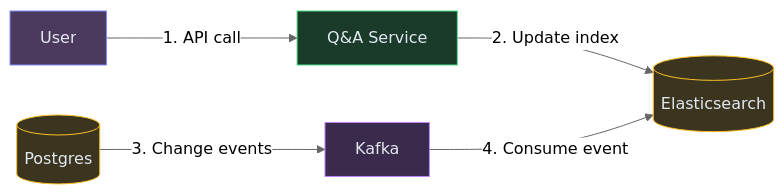
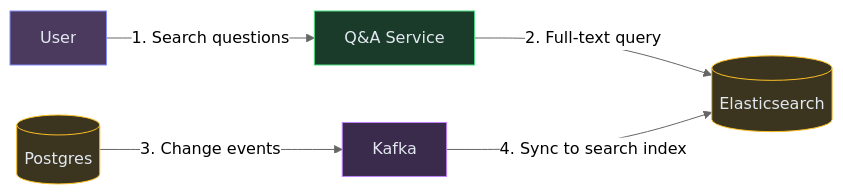
Before and after one commit to iluzn/HLD-Designs: the fourth of 4 diagrams in content/hld/QAForum.md, drawn with Mermaid (neutral theme). The commit also changed other lines of this file and 27 other files, not shown here.

````diff
--- a/content/hld/QAForum.md
+++ b/content/hld/QAForum.md
@@ -139,18 +139,18 @@
 ```mermaid
 flowchart LR
     USER["User"]:::client
     API["Q&A Service"]:::service
     ES[("Elasticsearch")]:::data
     DB[("Postgres")]:::data
     KAFKA["Kafka"]:::async
 
-    USER -->|"1. API call"| API
-    API -->|"2. Update index"| ES
+    USER -->|"1. Search questions"| API
+    API -->|"2. Full-text query"| ES
     DB -->|"3. Change events"| KAFKA
-    KAFKA -->|"4. Consume event"| ES
+    KAFKA -->|"4. Sync to search index"| ES
 
     classDef client fill:#4c3a5e,stroke:#818cf8,color:#e2e8f0
     classDef service fill:#1a3a2a,stroke:#4ade80,color:#e2e8f0
     classDef data fill:#3b3520,stroke:#fbbf24,color:#e2e8f0
     classDef async fill:#3a2a4c,stroke:#c084fc,color:#e2e8f0
 ```
````
